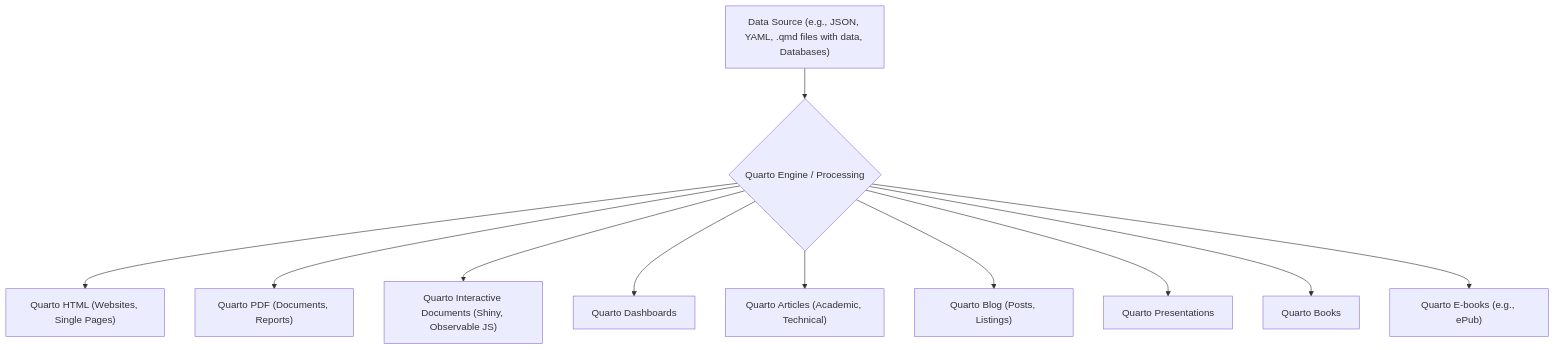
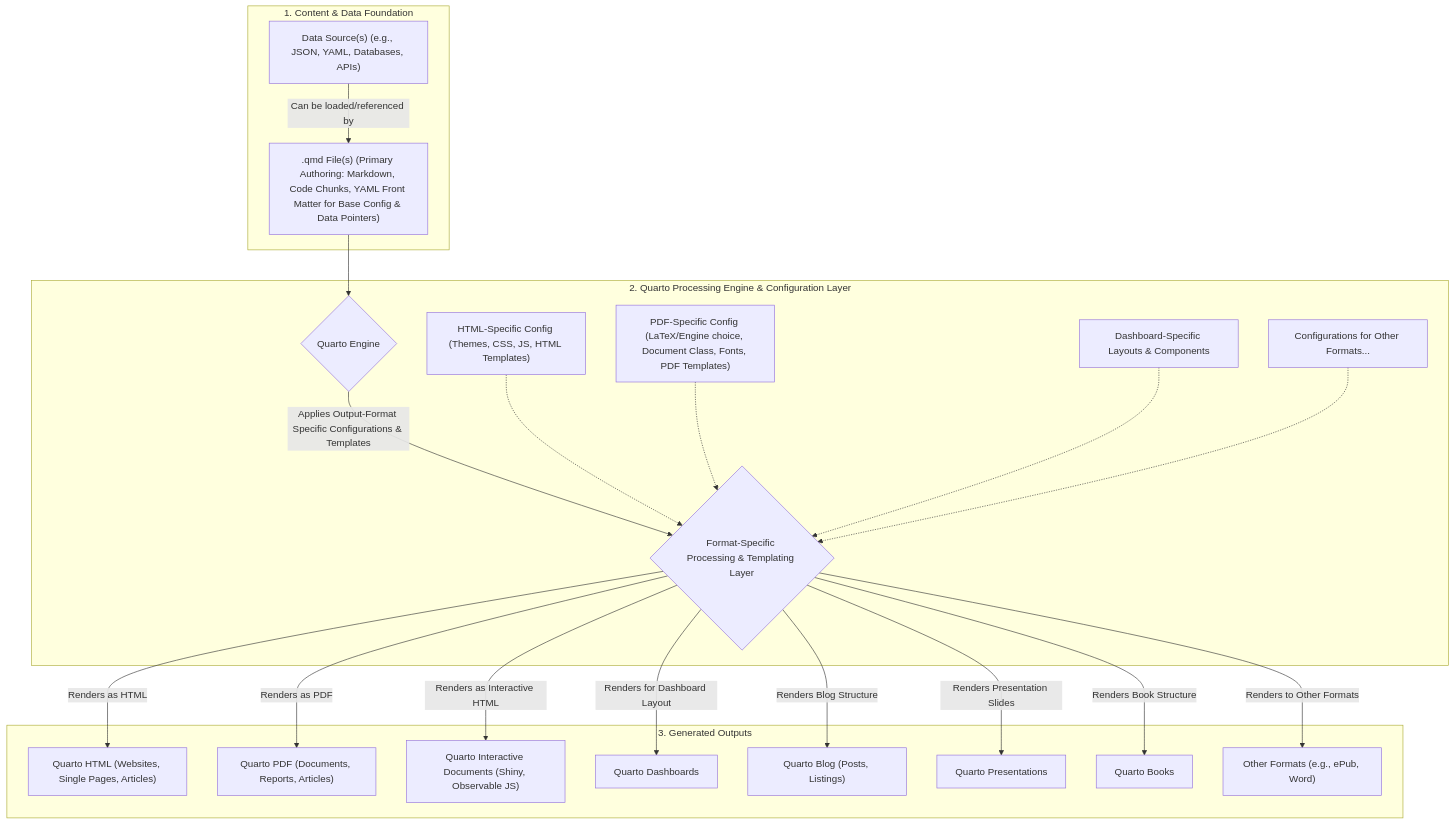
The diagram in README.md (Value-Chain-Hackers/Templates-Yaml), drawn with Mermaid before and after one commit.

````diff
--- a/README.md
+++ b/README.md
@@ -1,14 +1,45 @@
 ```mermaid
 graph TD
-    A["Data Source (e.g., JSON, YAML, .qmd files with data, Databases)"] --> B{"Quarto Engine / Processing"};
-    
-    B --> C["Quarto HTML (Websites, Single Pages)"];
-    B --> D["Quarto PDF (Documents, Reports)"];
-    B --> E["Quarto Interactive Documents (Shiny, Observable JS)"];
-    B --> F["Quarto Dashboards"];
-    B --> G["Quarto Articles (Academic, Technical)"];
-    B --> H["Quarto Blog (Posts, Listings)"];
-    B --> I["Quarto Presentations"];
-    B --> J["Quarto Books"];
-    B --> K["Quarto E-books (e.g., ePub)"];
+    subgraph "1. Content & Data Foundation"
+        A["Data Source(s) (e.g., JSON, YAML, Databases, APIs)"]
+        B[".qmd File(s) (Primary Authoring: Markdown, Code Chunks, YAML Front Matter for Base Config & Data Pointers)"]
+        A -->|Can be loaded/referenced by| B
+    end
+
+    subgraph "2. Quarto Processing Engine & Configuration Layer"
+        C{"Quarto Engine"}
+        B --> C
+
+        C -- "Applies Output-Format Specific Configurations & Templates" --> D{"Format-Specific Processing & Templating Layer"}
+        
+        D_HTML_Config["HTML-Specific Config (Themes, CSS, JS, HTML Templates)"]
+        D_PDF_Config["PDF-Specific Config (LaTeX/Engine choice, Document Class, Fonts, PDF Templates)"]
+        D_Dashboard_Config["Dashboard-Specific Layouts & Components"]
+        D_Other_Config["Configurations for Other Formats..."]
+
+        D_HTML_Config -.-> D
+        D_PDF_Config -.-> D
+        D_Dashboard_Config -.-> D
+        D_Other_Config -.-> D
+    end
+
+    subgraph "3. Generated Outputs"
+        Output_HTML["Quarto HTML (Websites, Single Pages, Articles)"]
+        Output_PDF["Quarto PDF (Documents, Reports, Articles)"]
+        Output_Interactive["Quarto Interactive Documents (Shiny, Observable JS)"]
+        Output_Dashboard["Quarto Dashboards"]
+        Output_Blog["Quarto Blog (Posts, Listings)"]
+        Output_Presentation["Quarto Presentations"]
+        Output_Book["Quarto Books"]
+        Output_Other["Other Formats (e.g., ePub, Word)"]
+
+        D -- "Renders as HTML" --> Output_HTML
+        D -- "Renders as PDF" --> Output_PDF
+        D -- "Renders as Interactive HTML" --> Output_Interactive
+        D -- "Renders for Dashboard Layout" --> Output_Dashboard
+        D -- "Renders Blog Structure" --> Output_Blog
+        D -- "Renders Presentation Slides" --> Output_Presentation
+        D -- "Renders Book Structure" --> Output_Book
+        D -- "Renders to Other Formats" --> Output_Other
+    end
 ``` 
````
